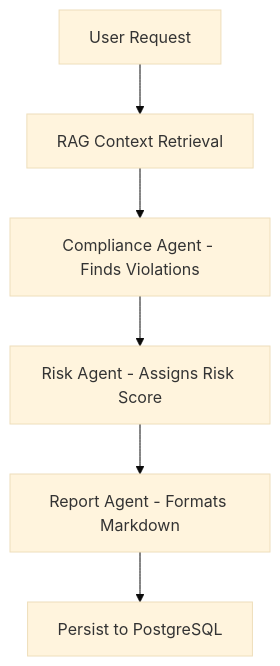
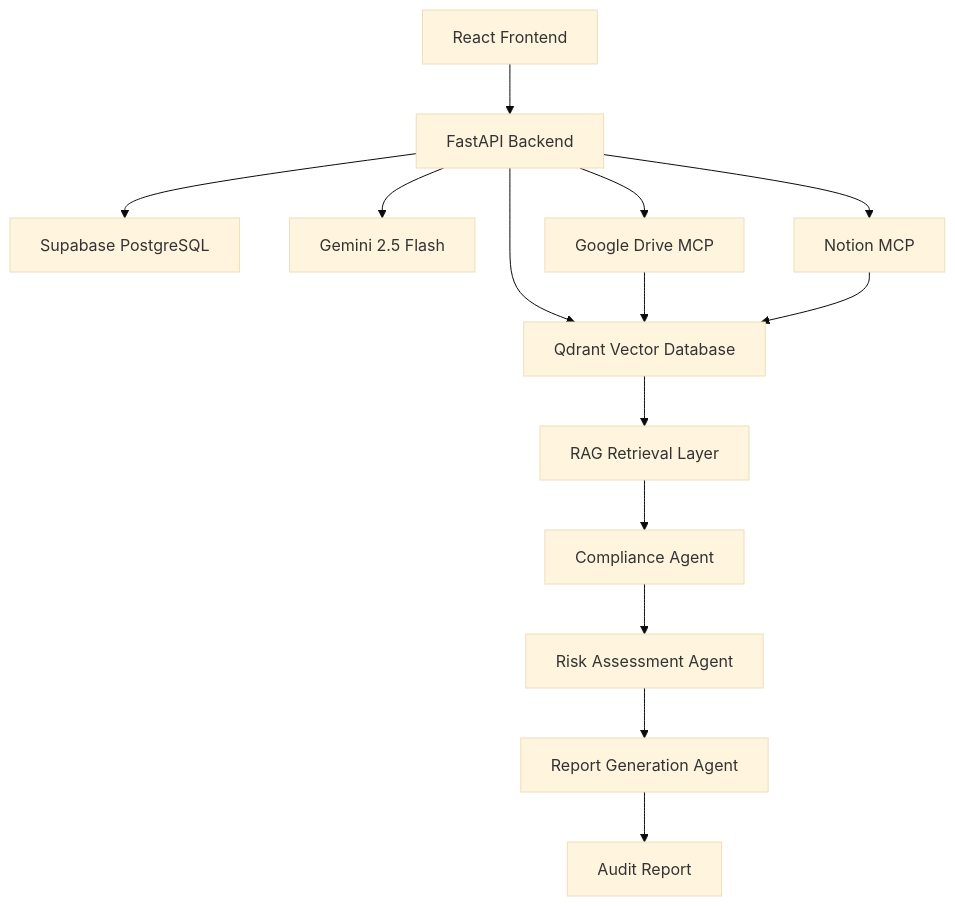
One commit to Aadithya-kl/enterprise-compliance-ai changed the diagram in README.md. Above: the diagram before and after it, drawn with Mermaid (base theme). The commit also changed other lines of this file, not shown here.

````diff
--- a/README.md
+++ b/README.md
@@ -47,8 +91,29 @@
 ```mermaid
 graph TD
-    Start[User Request] --> Retrieve[RAG Context Retrieval]
-    Retrieve --> Compliance[Compliance Agent - Finds Violations]
-    Compliance --> Risk[Risk Agent - Assigns Risk Score]
-    Risk --> Report[Report Agent - Formats Markdown]
-    Report --> Save[Persist to PostgreSQL]
+
+A[React Frontend] --> B[FastAPI Backend]
+
+B --> C[Supabase PostgreSQL]
+
+B --> D[Qdrant Vector Database]
+
+B --> E[Gemini 2.5 Flash]
+
+B --> F[Google Drive MCP]
+
+B --> G[Notion MCP]
+
+F --> D
+
+G --> D
+
+D --> H[RAG Retrieval Layer]
+
+H --> I[Compliance Agent]
+
+I --> J[Risk Assessment Agent]
+
+J --> K[Report Generation Agent]
+
+K --> L[Audit Report]
 ```
````
